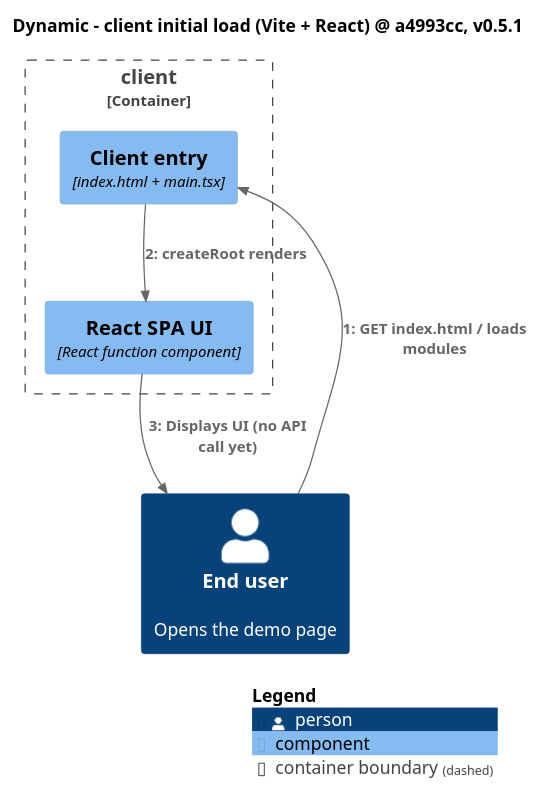
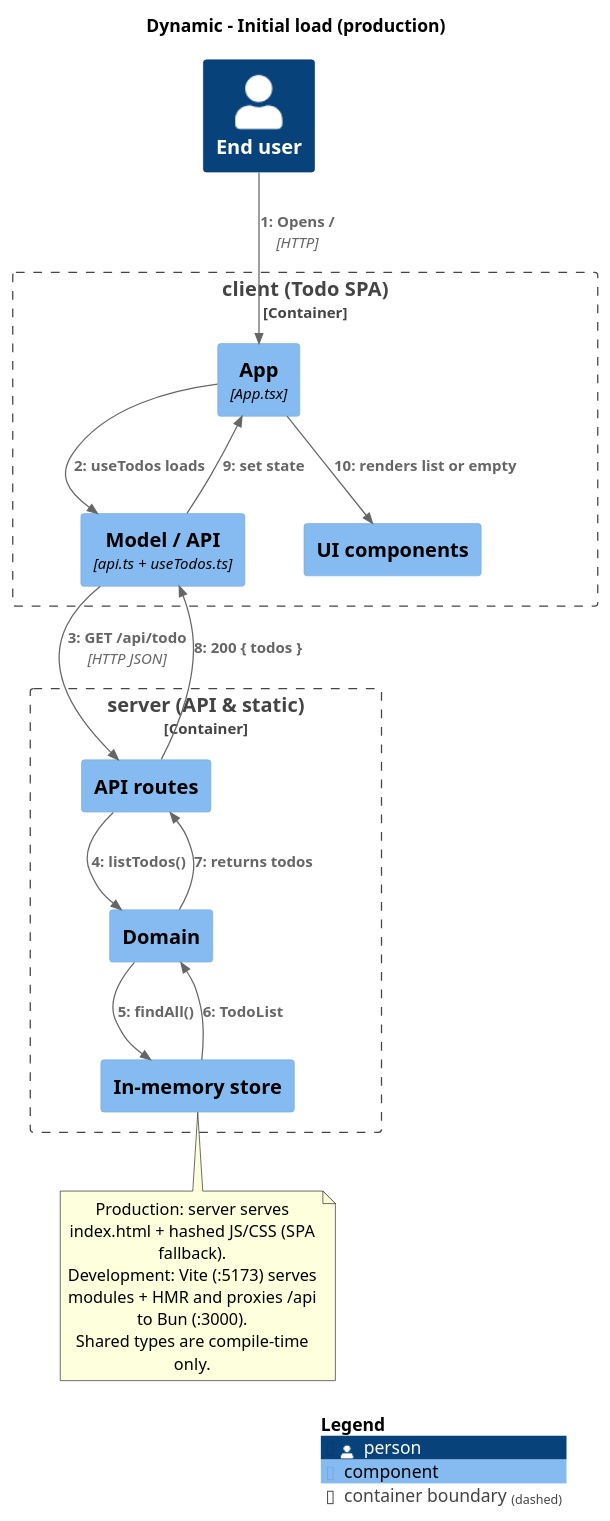
One commit to MemoryIt/todo changed the diagram in docs/architecture/diagrams/05a-dynamic-initial-load.puml. Above: the diagram before and after it, drawn with PlantUML.

Commit message:
docs(diagrams): rewrite initial-load dynamic diagram for the todo app
Show the SPA bootstrap and the first GET /api/todo through
App / Model / API / Domain / Store.

```diff
--- a/docs/architecture/diagrams/05a-dynamic-initial-load.puml
+++ b/docs/architecture/diagrams/05a-dynamic-initial-load.puml
@@ -1,17 +1,37 @@
 @startuml
 !include <C4/C4_Dynamic>
-title Dynamic - client initial load (Vite + React) @ a4993cc, v0.5.1
+title Dynamic - Initial load (production)
 
-Person(user, "End user", "Opens the demo page")
+Person(user, "End user")
 
-Container_Boundary(c, "client") {
-  Component(webEntry, "Client entry", "index.html + main.tsx")
-  Component(webSpa, "React SPA UI", "React function component")
+Container_Boundary(c, "client (Todo SPA)") {
+  Component(app, "App", "App.tsx")
+  Component(model, "Model / API", "api.ts + useTodos.ts")
+  Component(ui, "UI components")
 }
 
-Rel(user, webEntry, "GET index.html / loads modules")
-Rel(webEntry, webSpa, "createRoot renders")
-Rel(webSpa, user, "Displays UI (no API call yet)")
+Container_Boundary(s, "server (API & static)") {
+  Component(api, "API routes")
+  Component(domain, "Domain")
+  Component(store, "In-memory store")
+}
+
+Rel(user, app, "Opens /", "HTTP")
+Rel(app, model, "useTodos loads")
+Rel(model, api, "GET /api/todo", "HTTP JSON")
+Rel(api, domain, "listTodos()")
+Rel(domain, store, "findAll()")
+Rel(store, domain, "TodoList")
+Rel(domain, api, "returns todos")
+Rel(api, model, "200 { todos }")
+Rel(model, app, "set state")
+Rel(app, ui, "renders list or empty")
+
+note bottom
+  Production: server serves index.html + hashed JS/CSS (SPA fallback).
+  Development: Vite (:5173) serves modules + HMR and proxies /api to Bun (:3000).
+  Shared types are compile-time only.
+end note
 
 SHOW_LEGEND()
 @enduml
```
